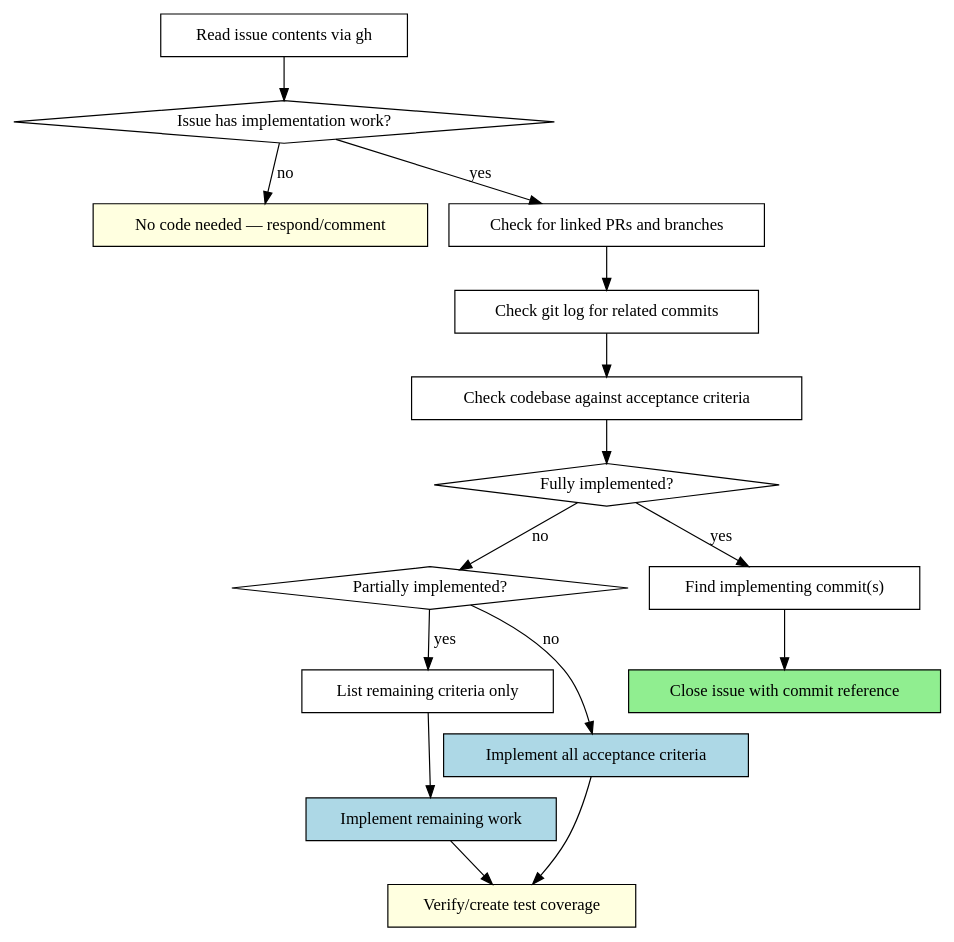
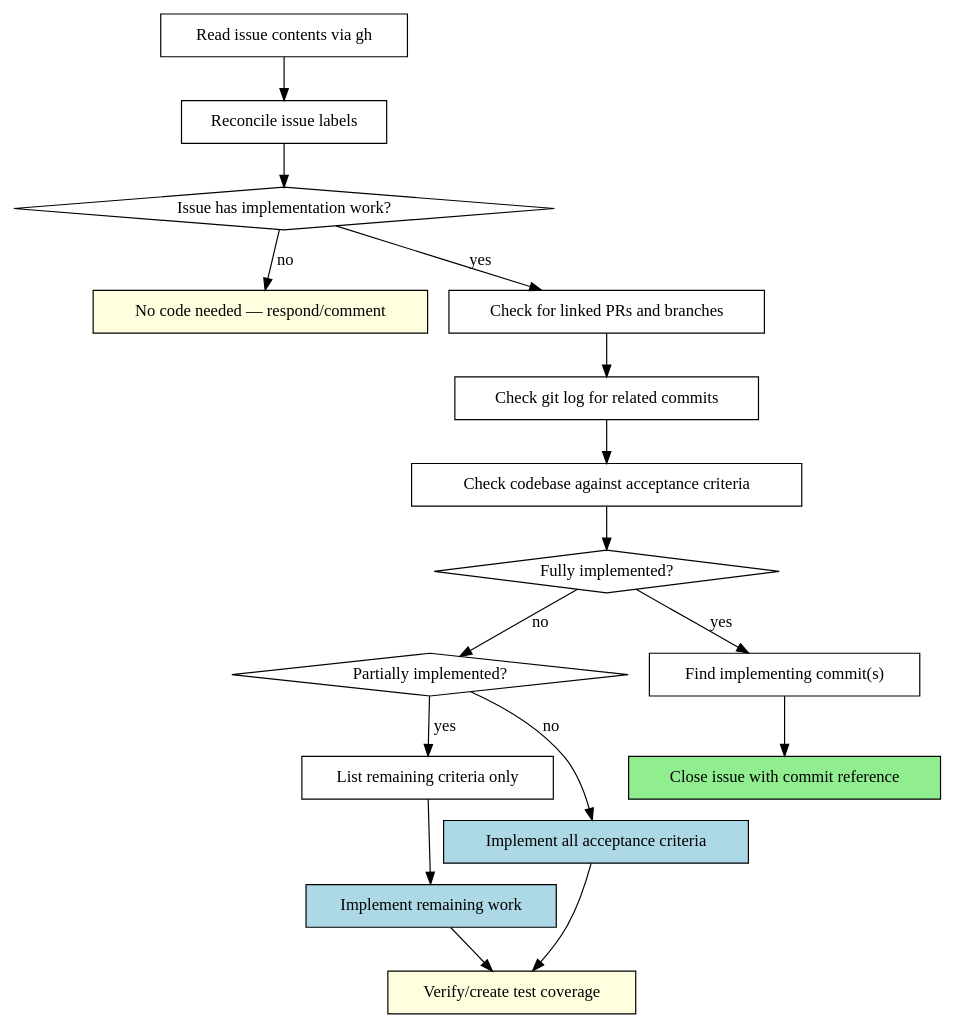
The diagram in .claude/skills/complete-github-issue/SKILL.md (Marshall-Hallenbeck/dot_files), drawn with Graphviz before and after one commit. The commit also changed other lines of this file and 1 other file, not shown here.

Commit message:
feat(skills): repair labels before issue work

````diff
--- a/.claude/skills/complete-github-issue/SKILL.md
+++ b/.claude/skills/complete-github-issue/SKILL.md
@@ -29,35 +29,37 @@
 ```dot
 digraph complete_issue {
     rankdir=TB;
 
     "Read issue contents via gh" [shape=box];
+    "Reconcile issue labels" [shape=box];
     "Issue has implementation work?" [shape=diamond];
     "No code needed — respond/comment" [shape=box style=filled fillcolor=lightyellow];
     "Check for linked PRs and branches" [shape=box];
     "Check git log for related commits" [shape=box];
     "Check codebase against acceptance criteria" [shape=box];
     "Fully implemented?" [shape=diamond];
     "Partially implemented?" [shape=diamond];
     "Find implementing commit(s)" [shape=box];
     "Close issue with commit reference" [shape=box style=filled fillcolor=lightgreen];
     "List remaining criteria only" [shape=box];
     "Implement remaining work" [shape=box style=filled fillcolor=lightblue];
     "Implement all acceptance criteria" [shape=box style=filled fillcolor=lightblue];
     "Verify/create test coverage" [shape=box style=filled fillcolor=lightyellow];
 
-    "Read issue contents via gh" -> "Issue has implementation work?";
+    "Read issue contents via gh" -> "Reconcile issue labels";
+    "Reconcile issue labels" -> "Issue has implementation work?";
     "Issue has implementation work?" -> "No code needed — respond/comment" [label="no"];
     "Issue has implementation work?" -> "Check for linked PRs and branches" [label="yes"];
     "Check for linked PRs and branches" -> "Check git log for related commits";
     "Check git log for related commits" -> "Check codebase against acceptance criteria";
     "Check codebase against acceptance criteria" -> "Fully implemented?";
     "Fully implemented?" -> "Find implementing commit(s)" [label="yes"];
     "Find implementing commit(s)" -> "Close issue with commit reference";
     "Fully implemented?" -> "Partially implemented?" [label="no"];
     "Partially implemented?" -> "List remaining criteria only" [label="yes"];
     "List remaining criteria only" -> "Implement remaining work";
     "Partially implemented?" -> "Implement all acceptance criteria" [label="no"];
     "Implement remaining work" -> "Verify/create test coverage";
     "Implement all acceptance criteria" -> "Verify/create test coverage";
 }
 ```
````
